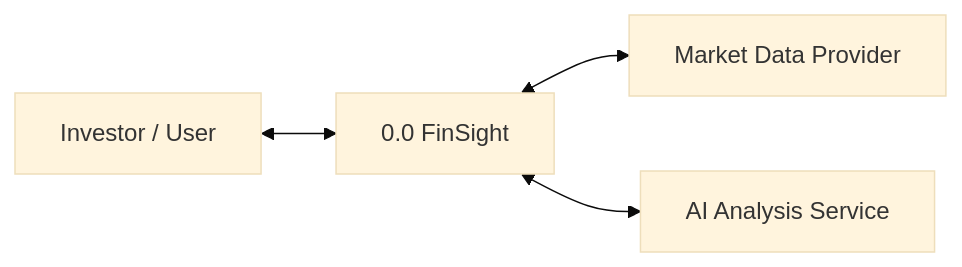
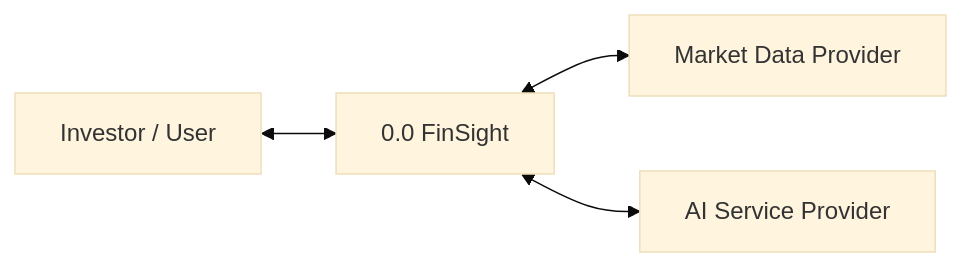
One commit to JustEmre12/FinSight changed the first of 3 diagrams in docs/SYSTEM_DESIGN.md. Above: the diagram before and after it, drawn with Mermaid (base theme). The commit also changed other lines of this file and 5 other files, not shown here.

```diff
--- a/docs/SYSTEM_DESIGN.md
+++ b/docs/SYSTEM_DESIGN.md
@@ -18,6 +18,6 @@
 ~~~mermaid
 flowchart LR
   U[Investor / User] <--> F[0.0 FinSight]
   F <--> M[Market Data Provider]
-  F <--> A[AI Analysis Service]
+  F <--> A[AI Service Provider]
 ~~~
```
